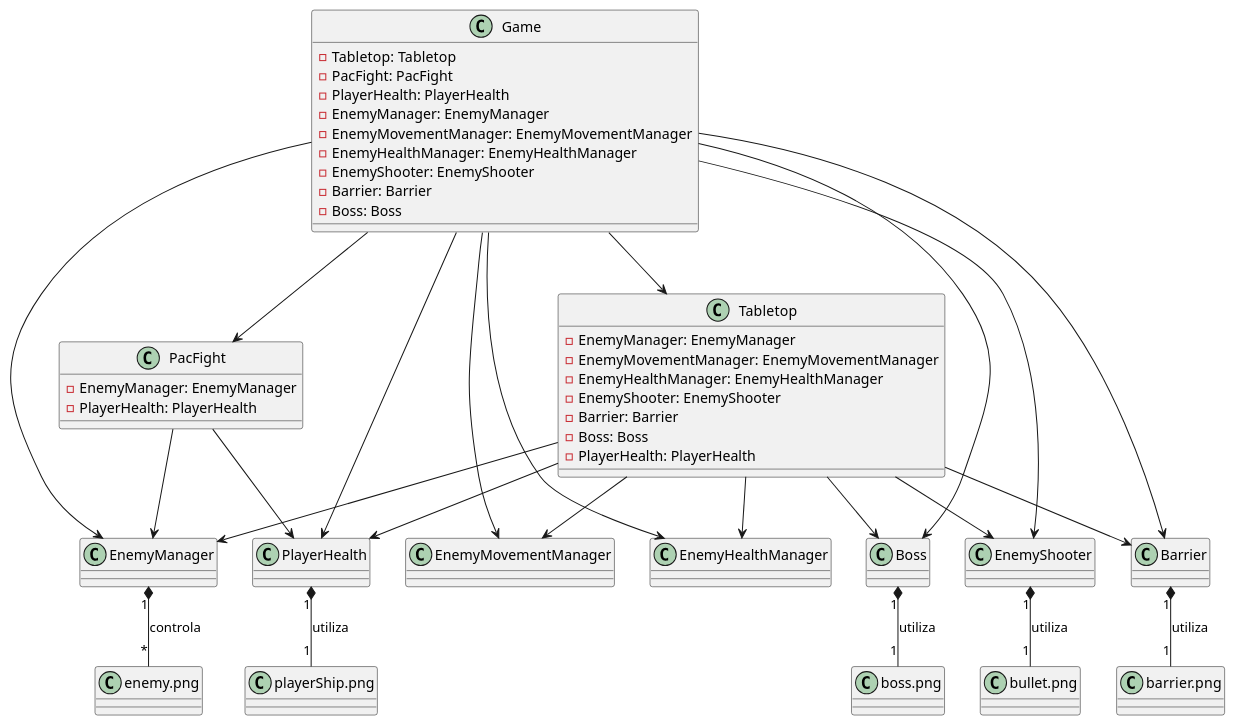
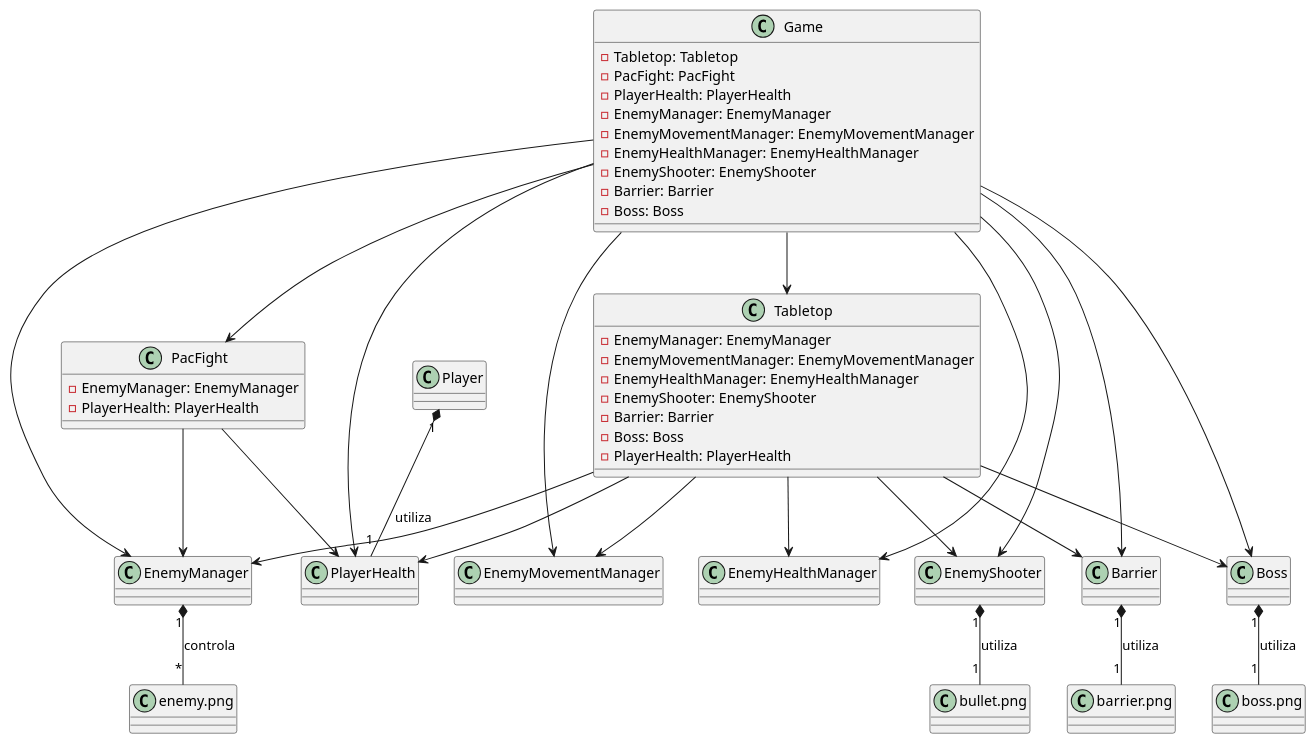
Before and after one commit to 24110280-Braulio/Space-Invaders: the diagram in docs/Diagrama.PUML, drawn with PlantUML.

Commit message:
Relaciones

```diff
--- a/docs/Diagrama.PUML
+++ b/docs/Diagrama.PUML
@@ -1,73 +1,72 @@
 @startuml SpaceInvaders
 
 ' Clases principales
 class Game {
     - Tabletop: Tabletop
     - PacFight: PacFight
     - PlayerHealth: PlayerHealth
     - EnemyManager: EnemyManager
     - EnemyMovementManager: EnemyMovementManager
     - EnemyHealthManager: EnemyHealthManager
     - EnemyShooter: EnemyShooter
     - Barrier: Barrier
     - Boss: Boss
 }
 
 class Tabletop {
     - EnemyManager: EnemyManager
     - EnemyMovementManager: EnemyMovementManager
     - EnemyHealthManager: EnemyHealthManager
     - EnemyShooter: EnemyShooter
     - Barrier: Barrier
     - Boss: Boss
     - PlayerHealth: PlayerHealth
 }
 
 class PacFight {
     - EnemyManager: EnemyManager
     - PlayerHealth: PlayerHealth
 }
 
 class EnemyManager
 class EnemyMovementManager
 class EnemyHealthManager
 class EnemyShooter
 class Barrier
 class Boss
 class PlayerHealth
 
-class PlayerShipPng as "playerShip.png"
-class EnemyPng as "enemy.png"
-class BossPng as "boss.png"
-class BarrierPng as "barrier.png"
-class BulletPng as "bullet.png"
+class EnemySprite as "enemy.png"
+class BossSprite as "boss.png"
+class BarrierSprite as "barrier.png"
+class BulletSprite as "bullet.png"
 
 ' Relaciones
 Game --> Tabletop
 Game --> PacFight
 Game --> PlayerHealth
 Game --> EnemyManager
 Game --> EnemyMovementManager
 Game --> EnemyHealthManager
 Game --> EnemyShooter
 Game --> Barrier
 Game --> Boss
 
 Tabletop --> EnemyManager
 Tabletop --> EnemyMovementManager
 Tabletop --> EnemyHealthManager
 Tabletop --> EnemyShooter
 Tabletop --> Barrier
 Tabletop --> Boss
 Tabletop --> PlayerHealth
 
 PacFight --> EnemyManager
 PacFight --> PlayerHealth
 
-PlayerHealth "1" *-- "1" PlayerShipPng : utiliza
-EnemyManager "1" *-- "*" EnemyPng : controla
-Boss "1" *-- "1" BossPng : utiliza
-Barrier "1" *-- "1" BarrierPng : utiliza
-EnemyShooter "1" *-- "1" BulletPng : utiliza
+Player "1" *-- "1" PlayerHealth : utiliza
+EnemyManager "1" *-- "*" EnemySprite : controla
+Boss "1" *-- "1" BossSprite : utiliza
+Barrier "1" *-- "1" BarrierSprite : utiliza
+EnemyShooter "1" *-- "1" BulletSprite : utiliza
 
 @enduml
```
